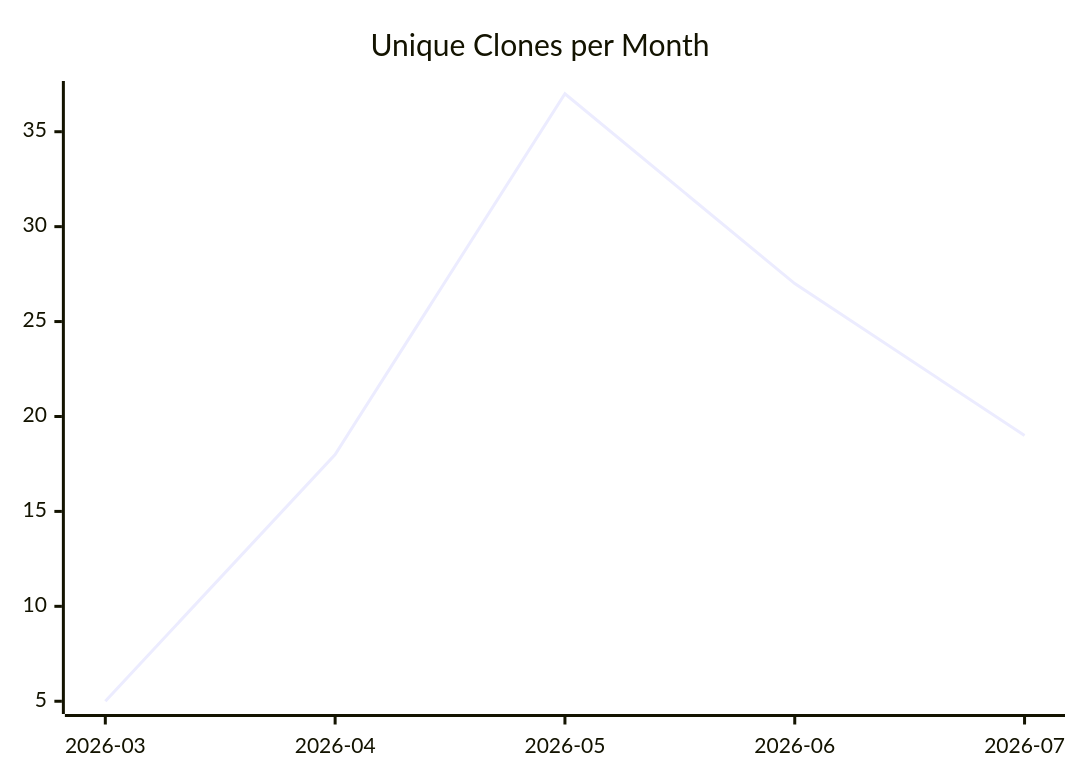
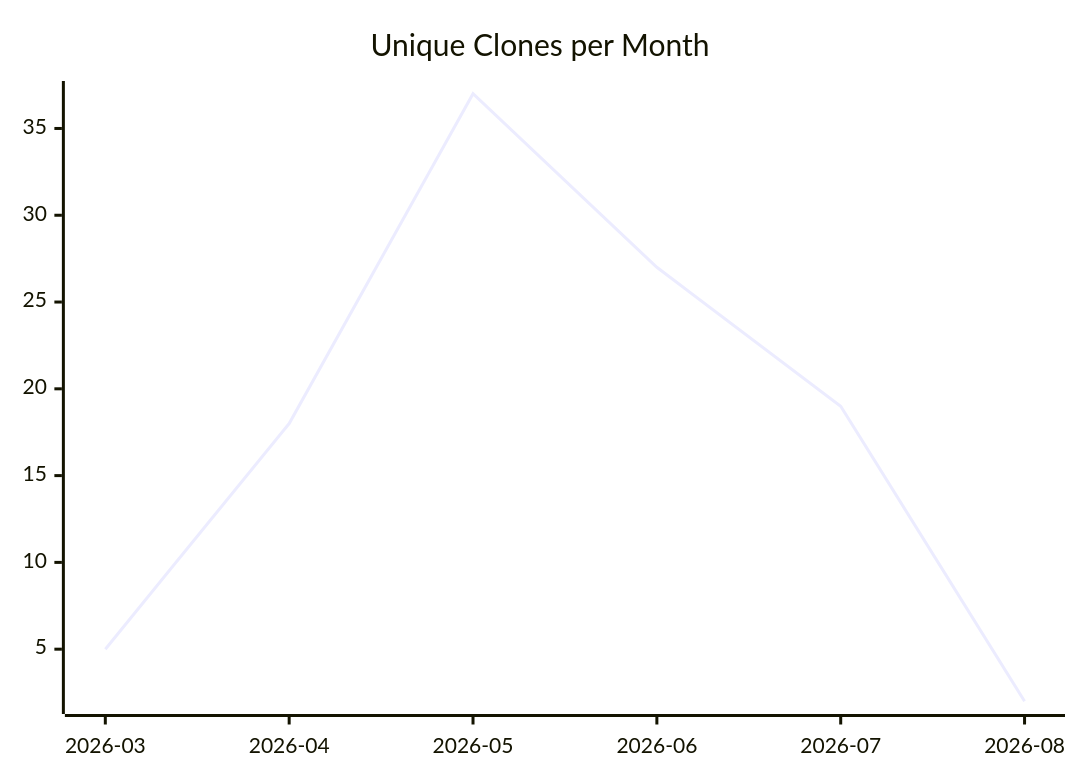
Before and after one commit to justdavis-family/github-analytics-data: the third of 3 diagrams in karlmdavis/obsidian-operator/README.md, drawn with Mermaid. The commit also changed other lines of this file and 132 other files, not shown here.

````diff
--- a/karlmdavis/obsidian-operator/README.md
+++ b/karlmdavis/obsidian-operator/README.md
@@ -19,6 +19,6 @@
 ```mermaid
 xychart-beta
   title "Unique Clones per Month"
-  x-axis ["2026-03", "2026-04", "2026-05", "2026-06", "2026-07"]
-  line [5, 18, 37, 27, 19]
+  x-axis ["2026-03", "2026-04", "2026-05", "2026-06", "2026-07", "2026-08"]
+  line [5, 18, 37, 27, 19, 2]
 ```
````
